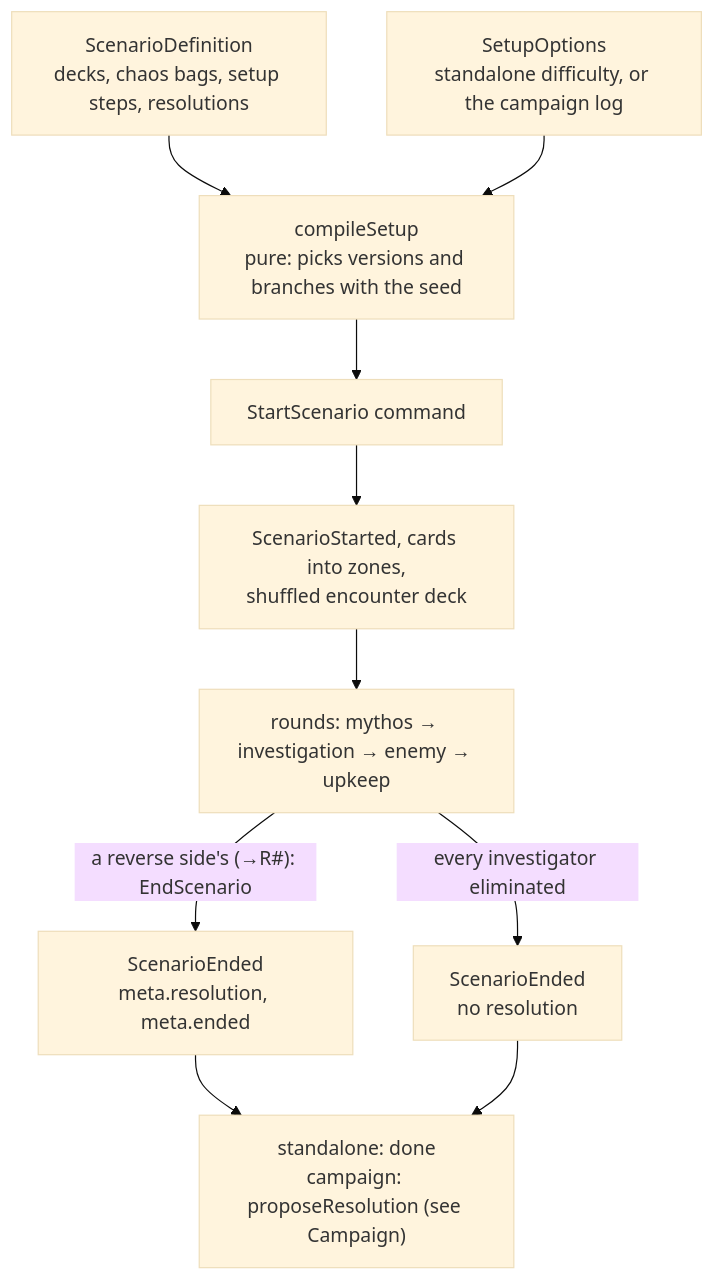
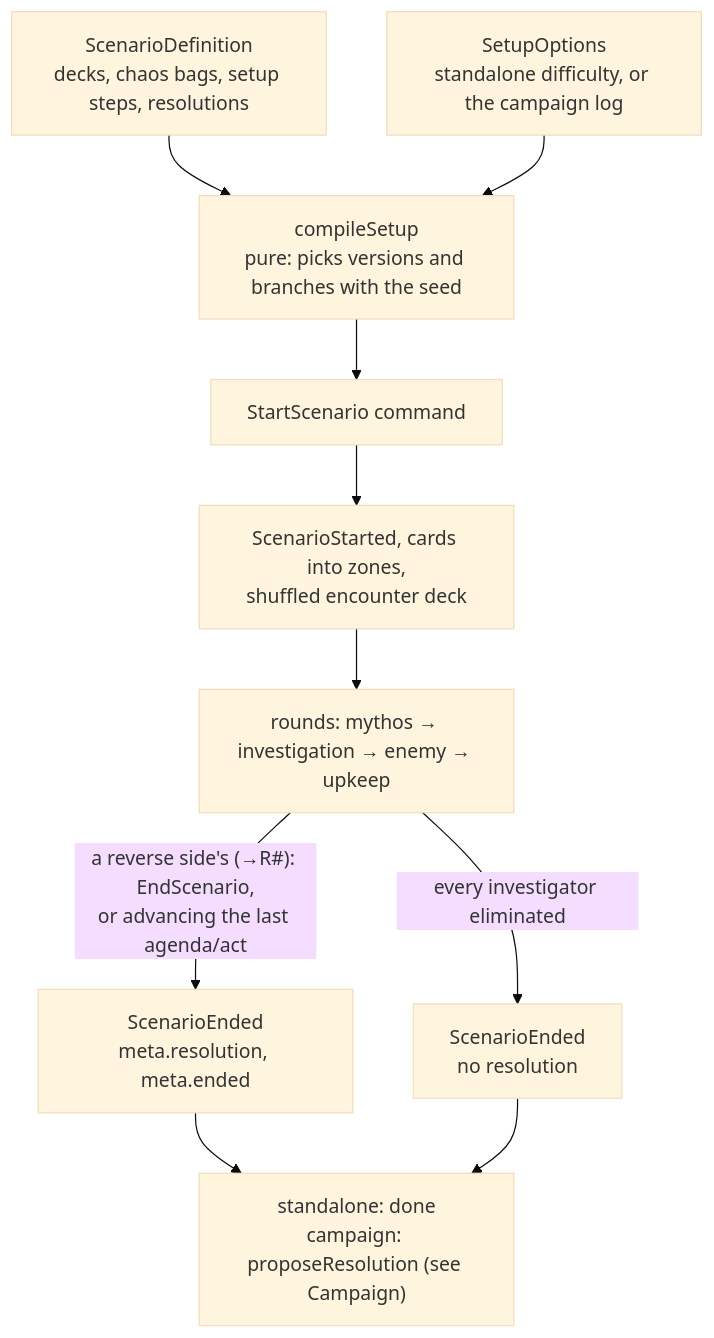
The diagram in docs/architecture/scenarios.md (macandy13/arkham-companion), drawn with Mermaid (base theme) before and after one commit. The commit also changed 2 other files, not shown here.

Commit message:
docs: correct engine overview details from review
Claude-Session: https://claude.ai/code/session_011AHounGyt4gkbjxwiCBqqw

````diff
--- a/docs/architecture/scenarios.md
+++ b/docs/architecture/scenarios.md
@@ -14,12 +14,12 @@
 ```mermaid
 flowchart TD
   DEF["ScenarioDefinition<br/>decks, chaos bags, setup steps, resolutions"] --> CS["compileSetup<br/>pure: picks versions and branches with the seed"]
   OPT["SetupOptions<br/>standalone difficulty, or the campaign log"] --> CS
   CS --> SS["StartScenario command"]
   SS --> EV["ScenarioStarted, cards into zones,<br/>shuffled encounter deck"]
   EV --> PLAY["rounds: mythos → investigation → enemy → upkeep"]
-  PLAY -- "a reverse side's (→R#): EndScenario" --> END["ScenarioEnded<br/>meta.resolution, meta.ended"]
+  PLAY -- "a reverse side's (→R#): EndScenario,<br/>or advancing the last agenda/act" --> END["ScenarioEnded<br/>meta.resolution, meta.ended"]
   PLAY -- "every investigator eliminated" --> NONE["ScenarioEnded<br/>no resolution"]
   END --> NEXT["standalone: done<br/>campaign: proposeResolution (see Campaign)"]
   NONE --> NEXT
 ```
````
